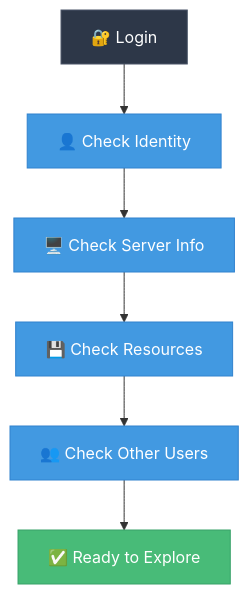
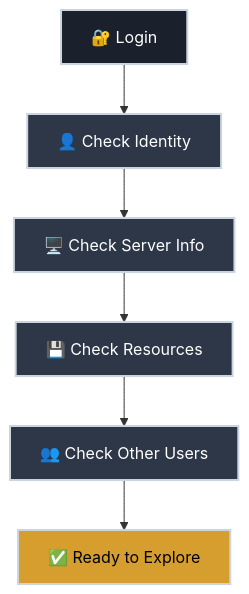
Before and after one commit to bradpenney/exploring_linux: the diagram in docs/day_one/orientation.md, drawn with Mermaid. The commit also changed other lines of this file and 26 other files, not shown here.

````diff
--- a/docs/day_one/orientation.md
+++ b/docs/day_one/orientation.md
@@ -29,15 +29,15 @@
 ``` mermaid
 graph TD
     A[🔐 Login] --> B[👤 Check Identity]
     B --> C[🖥️ Check Server Info]
     C --> D[💾 Check Resources]
     D --> E[👥 Check Other Users]
     E --> F[✅ Ready to Explore]
 
-    style A fill:#2d3748,stroke:#4a5568,color:#fff
-    style F fill:#48bb78,stroke:#38a169,color:#fff
-    style B fill:#4299e1,stroke:#3182ce,color:#fff
-    style C fill:#4299e1,stroke:#3182ce,color:#fff
-    style D fill:#4299e1,stroke:#3182ce,color:#fff
-    style E fill:#4299e1,stroke:#3182ce,color:#fff
+    style A fill:#1a202c,stroke:#cbd5e0,stroke-width:2px,color:#fff
+    style B fill:#2d3748,stroke:#cbd5e0,stroke-width:2px,color:#fff
+    style C fill:#2d3748,stroke:#cbd5e0,stroke-width:2px,color:#fff
+    style D fill:#2d3748,stroke:#cbd5e0,stroke-width:2px,color:#fff
+    style E fill:#2d3748,stroke:#cbd5e0,stroke-width:2px,color:#fff
+    style F fill:#d69e2e,stroke:#cbd5e0,stroke-width:2px,color:#000
 ```
````
